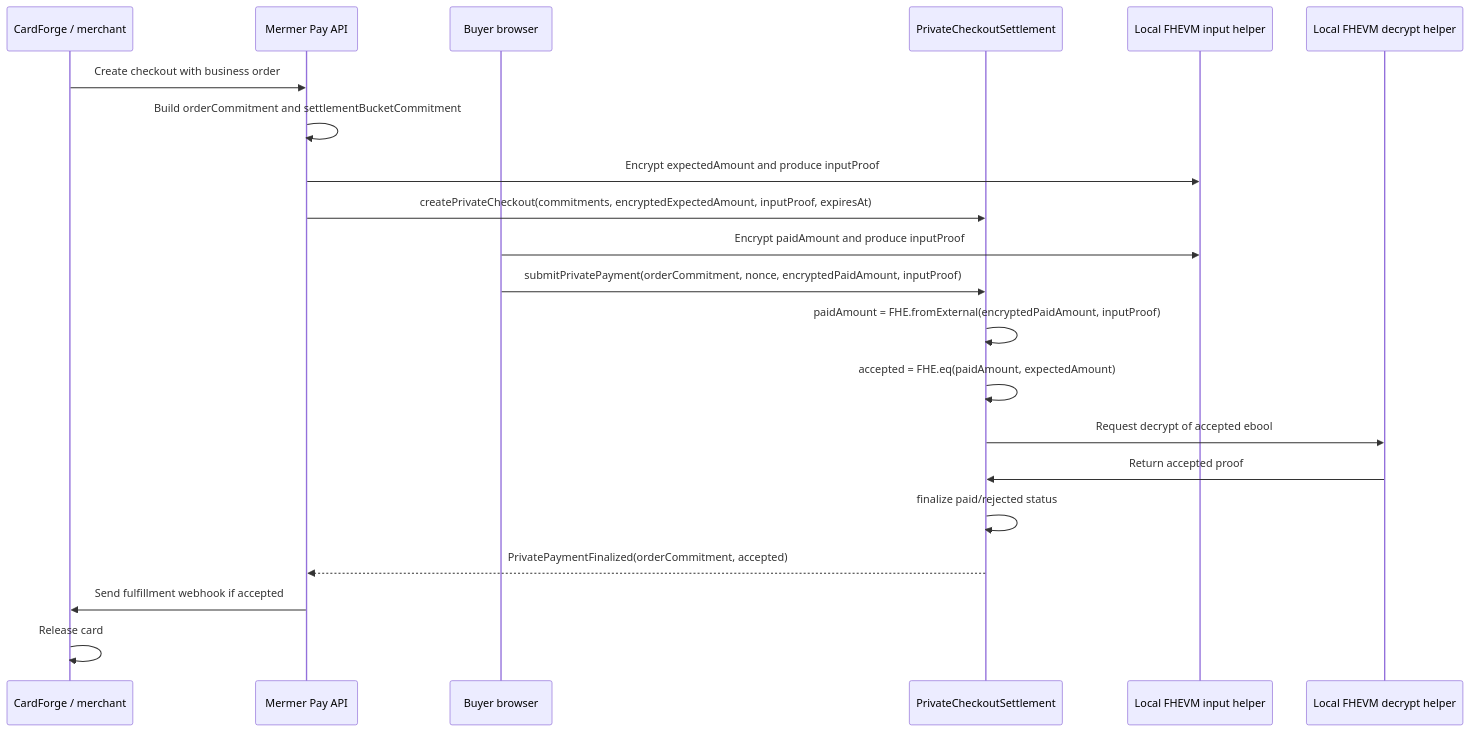
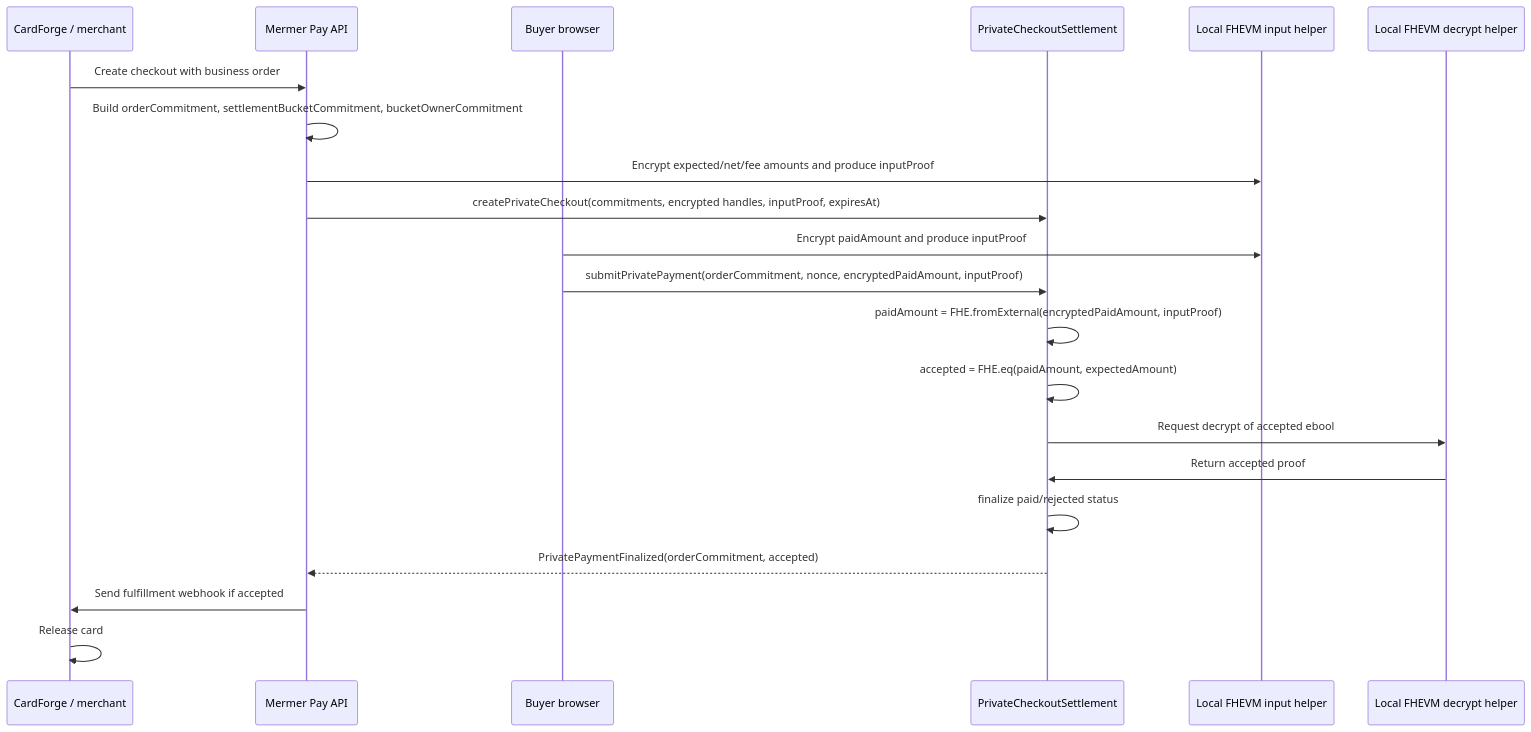
One commit to hanbu97/zamapay changed the second of 2 diagrams in docs/runbooks/private-checkout-v1.md. Above: the diagram before and after it, drawn with Mermaid. The commit also changed other lines of this file and 78 other files, not shown here.

````diff
--- a/docs/runbooks/private-checkout-v1.md
+++ b/docs/runbooks/private-checkout-v1.md
@@ -258,24 +292,24 @@
 ```mermaid
 sequenceDiagram
     participant CF as CardForge / merchant
     participant MP as Mermer Pay API
     participant B as Buyer browser
     participant C as PrivateCheckoutSettlement
     participant R as Local FHEVM input helper
     participant Z as Local FHEVM decrypt helper
 
     CF->>MP: Create checkout with business order
-    MP->>MP: Build orderCommitment and settlementBucketCommitment
-    MP->>R: Encrypt expectedAmount and produce inputProof
-    MP->>C: createPrivateCheckout(commitments, encryptedExpectedAmount, inputProof, expiresAt)
+    MP->>MP: Build orderCommitment, settlementBucketCommitment, bucketOwnerCommitment
+    MP->>R: Encrypt expected/net/fee amounts and produce inputProof
+    MP->>C: createPrivateCheckout(commitments, encrypted handles, inputProof, expiresAt)
     B->>R: Encrypt paidAmount and produce inputProof
     B->>C: submitPrivatePayment(orderCommitment, nonce, encryptedPaidAmount, inputProof)
     C->>C: paidAmount = FHE.fromExternal(encryptedPaidAmount, inputProof)
     C->>C: accepted = FHE.eq(paidAmount, expectedAmount)
     C->>Z: Request decrypt of accepted ebool
     Z->>C: Return accepted proof
     C->>C: finalize paid/rejected status
     C-->>MP: PrivatePaymentFinalized(orderCommitment, accepted)
     MP->>CF: Send fulfillment webhook if accepted
     CF->>CF: Release card
 ```
````
